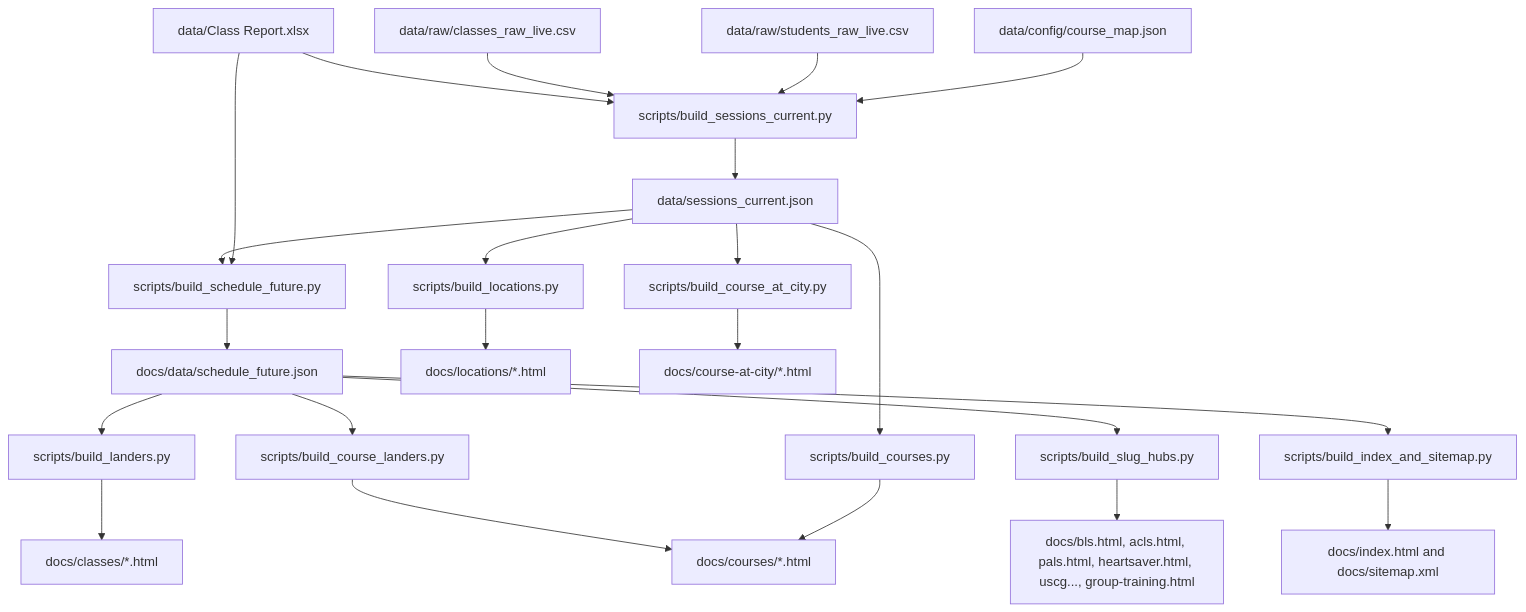
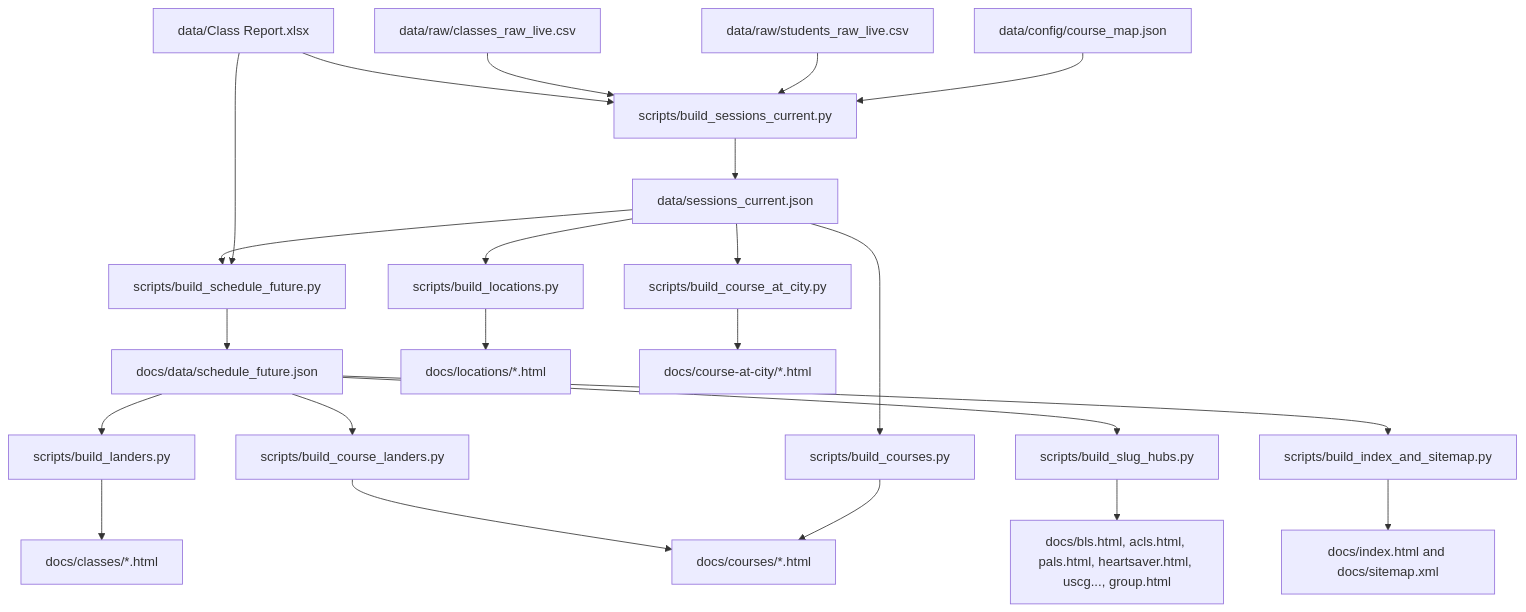
The first of 3 diagrams in docs/STACK_ARCHITECTURE.md (Brian910cpr/910cpr-class-landers), drawn with Mermaid before and after one commit. The commit also changed other lines of this file and 17 other files, not shown here.

Commit message:
Consolidate group training page URLs

````diff
--- a/docs/STACK_ARCHITECTURE.md
+++ b/docs/STACK_ARCHITECTURE.md
@@ -9,25 +9,25 @@
 ```mermaid
 flowchart TD
   A["data/Class Report.xlsx"] --> B["scripts/build_sessions_current.py"]
   C["data/raw/classes_raw_live.csv"] --> B
   D["data/raw/students_raw_live.csv"] --> B
   E["data/config/course_map.json"] --> B
   B --> F["data/sessions_current.json"]
   F --> G["scripts/build_schedule_future.py"]
   A --> G
   G --> H["docs/data/schedule_future.json"]
   H --> I["scripts/build_landers.py"]
   H --> J["scripts/build_course_landers.py"]
   H --> K["scripts/build_slug_hubs.py"]
   H --> L["scripts/build_index_and_sitemap.py"]
   F --> M["scripts/build_courses.py"]
   F --> N["scripts/build_locations.py"]
   F --> O["scripts/build_course_at_city.py"]
   I --> P["docs/classes/*.html"]
   J --> Q["docs/courses/*.html"]
-  K --> R["docs/bls.html, acls.html, pals.html, heartsaver.html, uscg..., group-training.html"]
+  K --> R["docs/bls.html, acls.html, pals.html, heartsaver.html, uscg..., group.html"]
   L --> S["docs/index.html and docs/sitemap.xml"]
   M --> Q
   N --> T["docs/locations/*.html"]
   O --> U["docs/course-at-city/*.html"]
 ```
````
